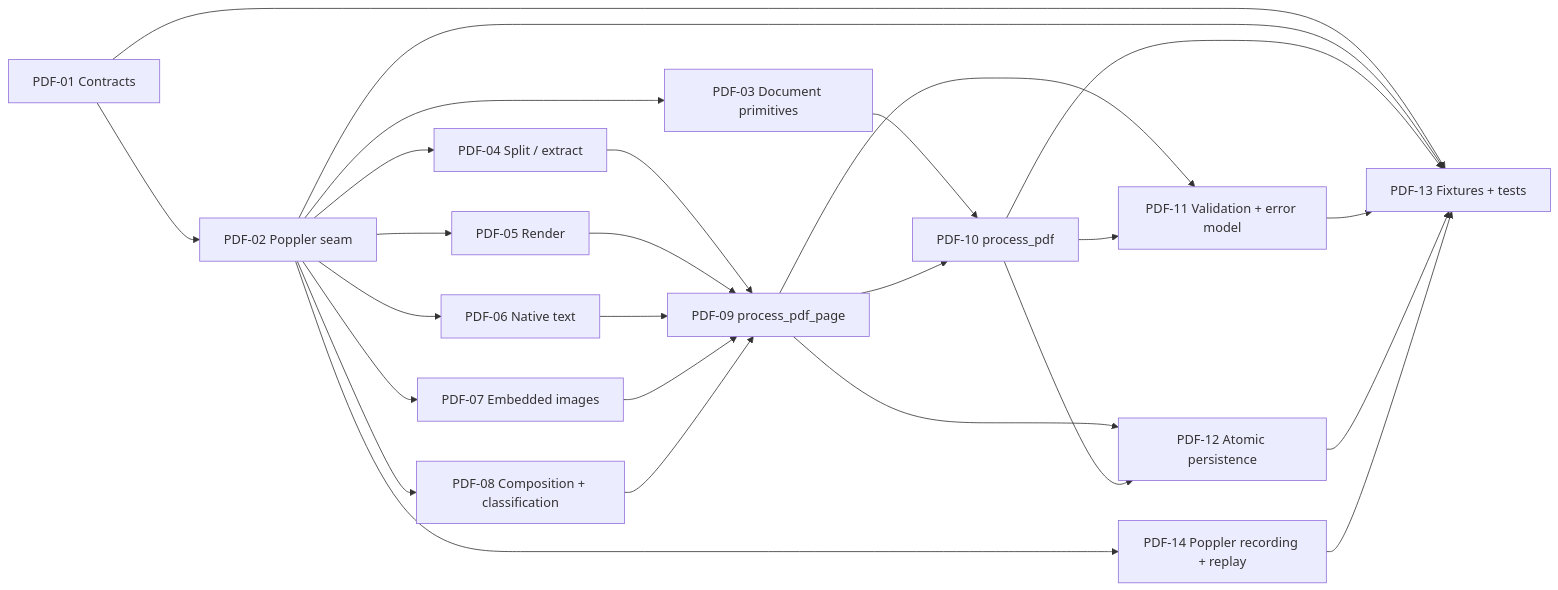
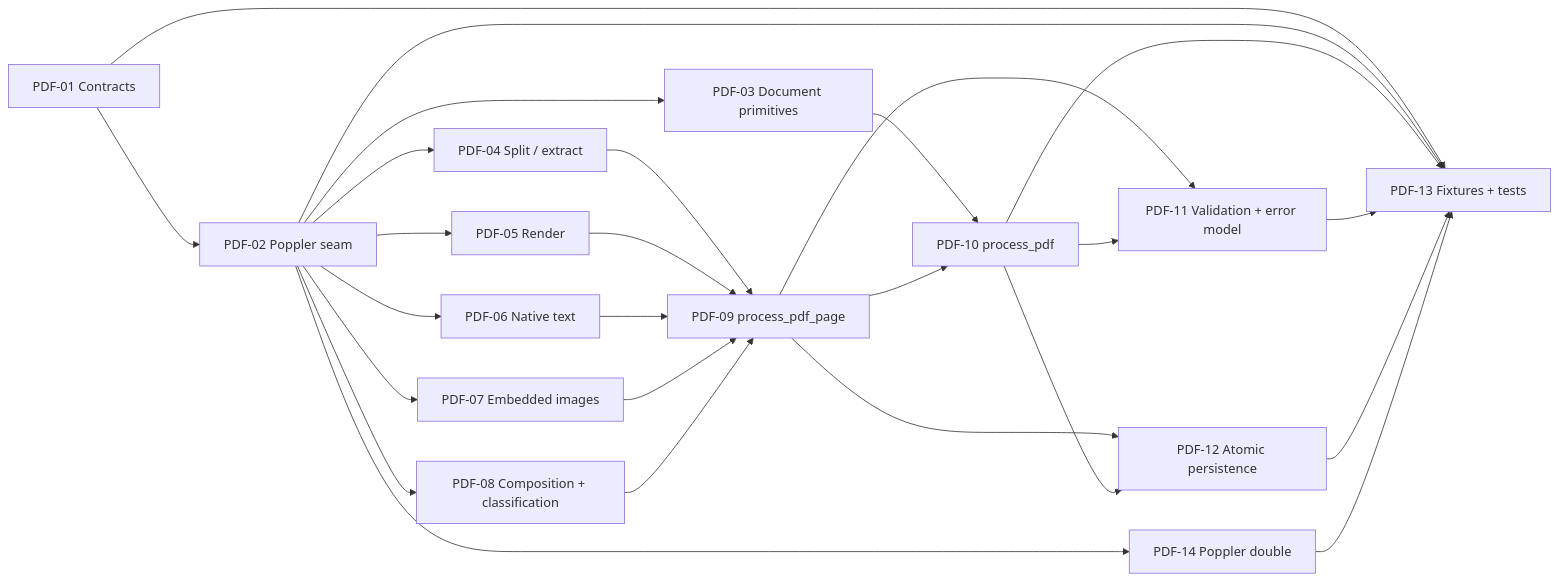
Before and after one commit to mariogarcia-ar/docflow: the diagram in docs/plan/issues/wbs-procesador-pdf.md, drawn with Mermaid. The commit also changed other lines of this file and 14 other files, not shown here.

````diff
--- a/docs/plan/issues/wbs-procesador-pdf.md
+++ b/docs/plan/issues/wbs-procesador-pdf.md
@@ -297,28 +284,28 @@
 ```mermaid
 flowchart LR
     PDF01["PDF-01 Contracts"] --> PDF02["PDF-02 Poppler seam"]
     PDF02 --> PDF03["PDF-03 Document primitives"]
     PDF02 --> PDF04["PDF-04 Split / extract"]
     PDF02 --> PDF05["PDF-05 Render"]
     PDF02 --> PDF06["PDF-06 Native text"]
     PDF02 --> PDF07["PDF-07 Embedded images"]
     PDF02 --> PDF08["PDF-08 Composition + classification"]
     PDF04 --> PDF09["PDF-09 process_pdf_page"]
     PDF05 --> PDF09
     PDF06 --> PDF09
     PDF07 --> PDF09
     PDF08 --> PDF09
     PDF03 --> PDF10["PDF-10 process_pdf"]
     PDF09 --> PDF10
     PDF09 --> PDF11["PDF-11 Validation + error model"]
     PDF10 --> PDF11
     PDF09 --> PDF12["PDF-12 Atomic persistence"]
     PDF10 --> PDF12
     PDF01 --> PDF13["PDF-13 Fixtures + tests"]
     PDF02 --> PDF13
     PDF10 --> PDF13
     PDF11 --> PDF13
     PDF12 --> PDF13
-    PDF02 --> PDF14["PDF-14 Poppler recording + replay"]
+    PDF02 --> PDF14["PDF-14 Poppler double"]
     PDF14 --> PDF13
 ```
````
